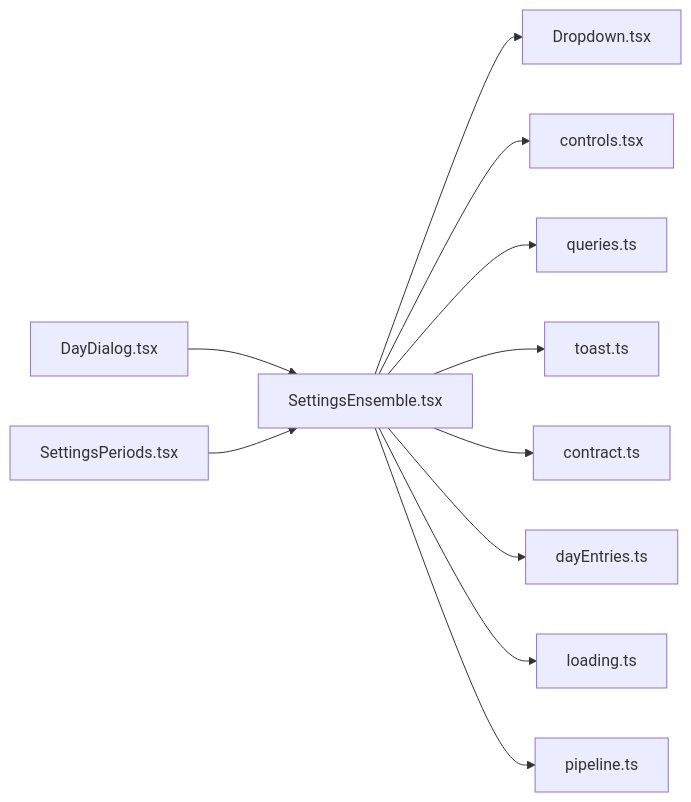
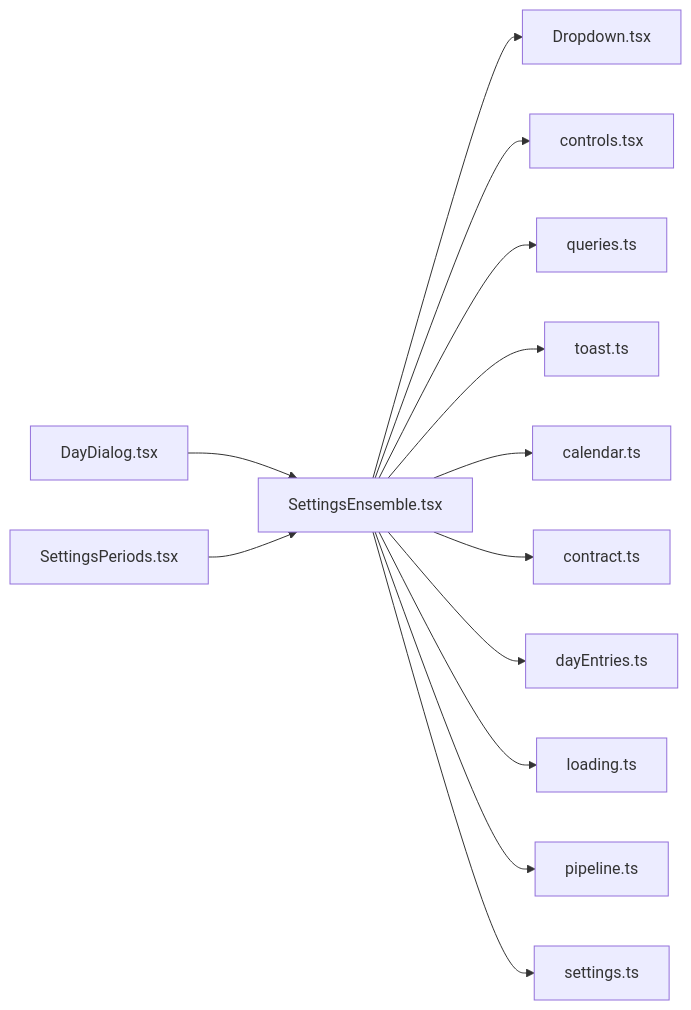
The diagram in .cluedoc/graph/frontend/src/routes/SettingsEnsemble.md (minkong-dev/Banblit), drawn with Mermaid before and after one commit. The commit also changed other lines of this file and 56 other files, not shown here.

Commit message:
frontend: import pure lib functions from their own files instead of through pipeline

````diff
--- a/.cluedoc/graph/frontend/src/routes/SettingsEnsemble.md
+++ b/.cluedoc/graph/frontend/src/routes/SettingsEnsemble.md
@@ -10,14 +10,16 @@
 ```mermaid
 flowchart LR
   frontend_src_routes_SettingsEnsemble["SettingsEnsemble.tsx"]
   frontend_src_routes_SettingsEnsemble --> frontend_src_components_Dropdown["Dropdown.tsx"]
   frontend_src_routes_SettingsEnsemble --> frontend_src_components_controls["controls.tsx"]
   frontend_src_routes_SettingsEnsemble --> frontend_src_components_queries["queries.ts"]
   frontend_src_routes_SettingsEnsemble --> frontend_src_components_toast["toast.ts"]
+  frontend_src_routes_SettingsEnsemble --> frontend_src_lib_calendar["calendar.ts"]
   frontend_src_routes_SettingsEnsemble --> frontend_src_lib_contract["contract.ts"]
   frontend_src_routes_SettingsEnsemble --> frontend_src_lib_dayEntries["dayEntries.ts"]
   frontend_src_routes_SettingsEnsemble --> frontend_src_lib_loading["loading.ts"]
   frontend_src_routes_SettingsEnsemble --> frontend_src_lib_pipeline["pipeline.ts"]
+  frontend_src_routes_SettingsEnsemble --> frontend_src_lib_settings["settings.ts"]
   frontend_src_routes_DayDialog["DayDialog.tsx"] --> frontend_src_routes_SettingsEnsemble
   frontend_src_routes_SettingsPeriods["SettingsPeriods.tsx"] --> frontend_src_routes_SettingsEnsemble
 ```
````
